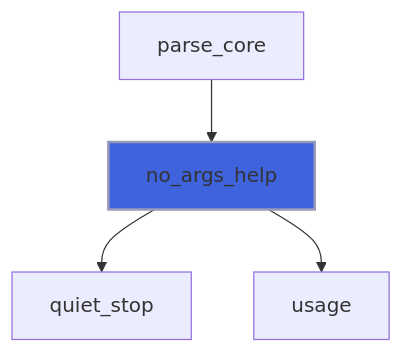
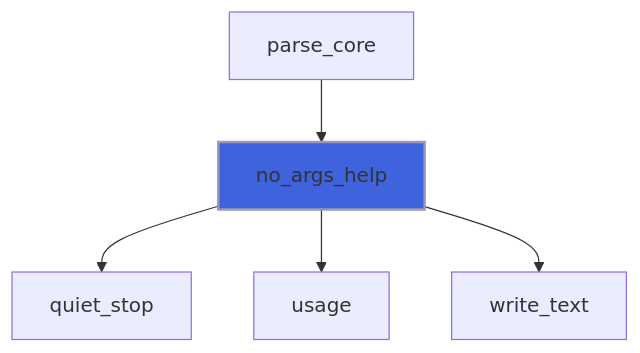
One commit to szaghi/FLAP changed diagram 50 of 57 in docs/api/src/lib/flap_command_line_interface_t.md. Above: the diagram before and after it, drawn with Mermaid. The commit also changed other lines of this file and 7 other files, not shown here.

````diff
--- a/docs/api/src/lib/flap_command_line_interface_t.md
+++ b/docs/api/src/lib/flap_command_line_interface_t.md
@@ -1918,7 +1920,8 @@
 ```mermaid
 flowchart TD
   parse_core["parse_core"] --> no_args_help["no_args_help"]
   no_args_help["no_args_help"] --> quiet_stop["quiet_stop"]
   no_args_help["no_args_help"] --> usage["usage"]
+  no_args_help["no_args_help"] --> write_text["write_text"]
   style no_args_help fill:#3e63dd,stroke:#99b,stroke-width:2px
 ```
````
